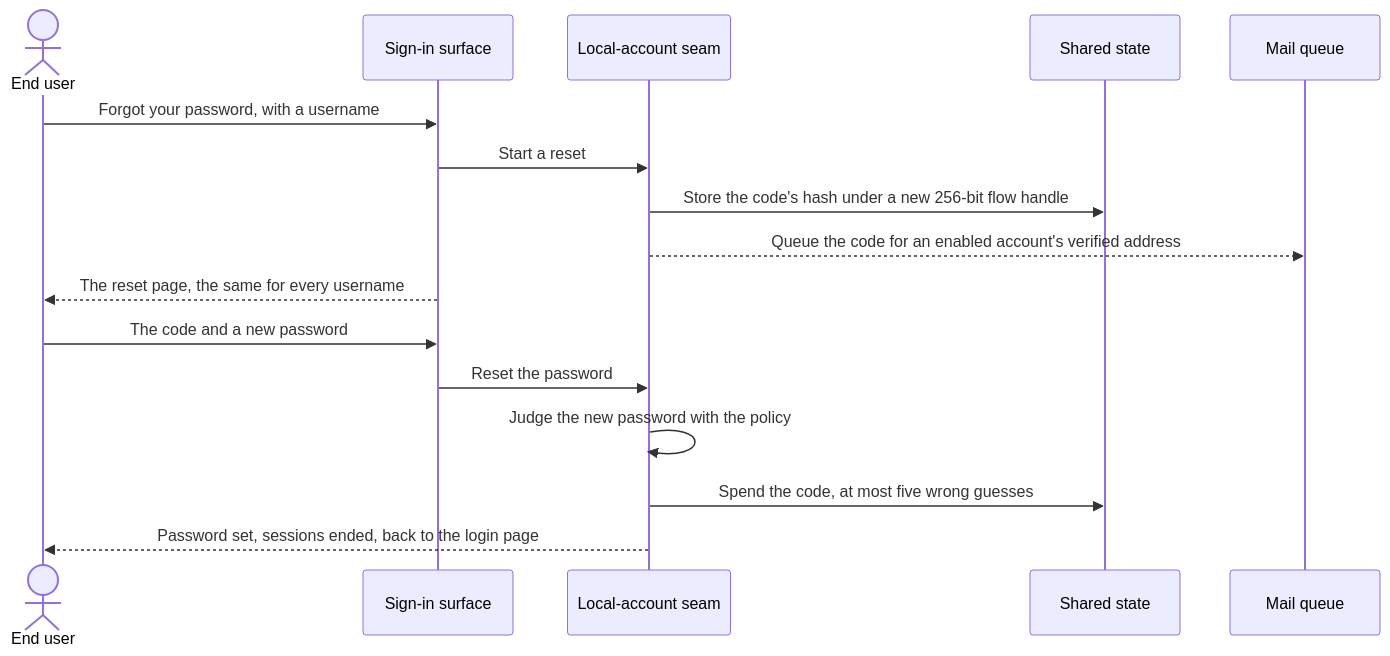
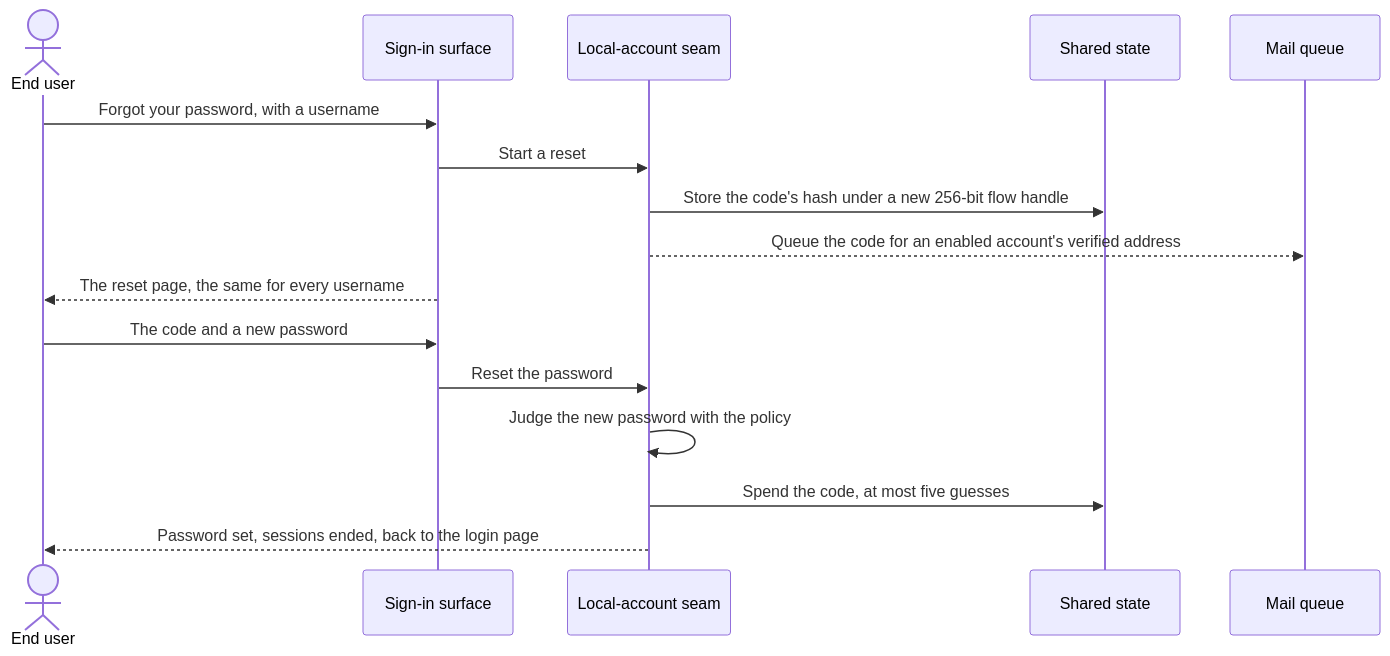
One commit to NCodeGroup/identity changed the diagram in docs/capabilities/email-codes.md. Above: the diagram before and after it, drawn with Mermaid. The commit also changed other lines of this file and 2 other files, not shown here.

Commit message:
Plan step 127: Say that each guess, the right one included, counts toward the five

````diff
--- a/docs/capabilities/email-codes.md
+++ b/docs/capabilities/email-codes.md
@@ -36,18 +36,18 @@
 ```mermaid
 sequenceDiagram
     actor User as End user
     participant Page as Sign-in surface
     participant Seam as Local-account seam
     participant State as Shared state
     participant Mail as Mail queue
     User->>Page: Forgot your password, with a username
     Page->>Seam: Start a reset
     Seam->>State: Store the code's hash under a new 256-bit flow handle
     Seam-->>Mail: Queue the code for an enabled account's verified address
     Page-->>User: The reset page, the same for every username
     User->>Page: The code and a new password
     Page->>Seam: Reset the password
     Seam->>Seam: Judge the new password with the policy
-    Seam->>State: Spend the code, at most five wrong guesses
+    Seam->>State: Spend the code, at most five guesses
     Seam-->>User: Password set, sessions ended, back to the login page
 ```
````
